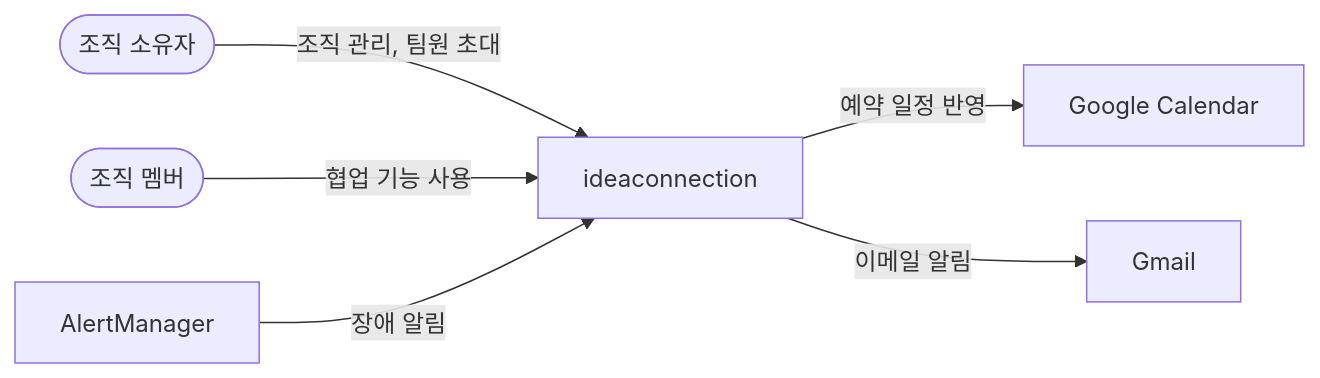
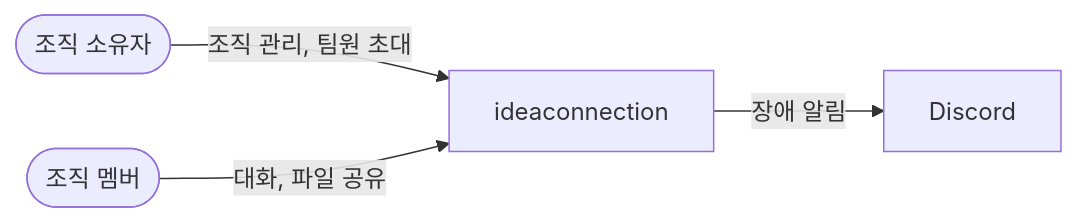
The first of 4 diagrams in docs/architecture.md (ktcloud-cloudnative-2026/team03-HelloCloud), drawn with Mermaid before and after one commit. The commit also changed other lines of this file and 1 other file, not shown here.

````diff
--- a/docs/architecture.md
+++ b/docs/architecture.md
@@ -11,8 +11,6 @@
 ```mermaid
 flowchart LR
   owner([조직 소유자]) -->|조직 관리, 팀원 초대| svc[ideaconnection]
-  member([조직 멤버]) -->|협업 기능 사용| svc
-  svc -->|예약 일정 반영| gcal[Google Calendar]
-  svc -->|이메일 알림| mail[Gmail]
-  am[AlertManager] -->|장애 알림| svc
+  member([조직 멤버]) -->|대화, 파일 공유| svc
+  svc -->|장애 알림| dc[Discord]
 ```
````
